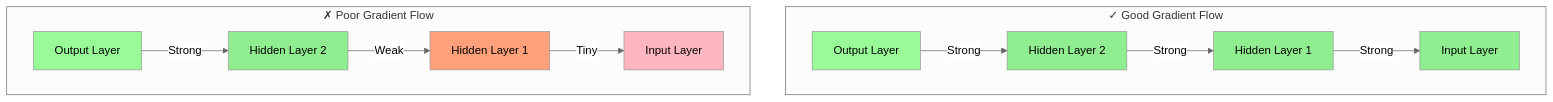
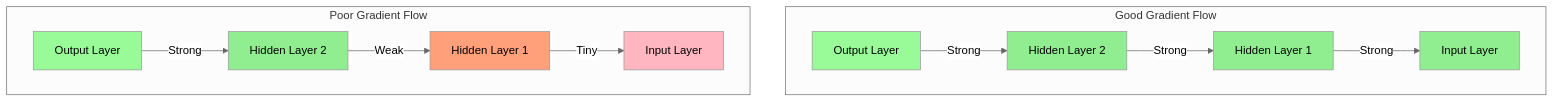
Before and after one commit to Vtheonly/Obsidian_Notes: the fifth of 22 diagrams in AI/Non Academic/Machine Learning/04. Artificial Neural Networks (ANN) & Deep Learning.md, drawn with Mermaid (neutral theme). The commit also changed other lines of this file and 148 other files, not shown here.

````diff
--- a/AI/Non Academic/Machine Learning/04. Artificial Neural Networks (ANN) & Deep Learning.md
+++ b/AI/Non Academic/Machine Learning/04. Artificial Neural Networks (ANN) & Deep Learning.md
@@ -333,34 +333,34 @@
 ```mermaid
 flowchart TB
-    subgraph Good["✓ Good Gradient Flow"]
+    subgraph Good[" Good Gradient Flow"]
         G_Input[Input Layer]
         G_H1[Hidden Layer 1]
         G_H2[Hidden Layer 2]
         G_Out[Output Layer]
         
         G_Out -->|Strong| G_H2
         G_H2 -->|Strong| G_H1
         G_H1 -->|Strong| G_Input
     end
     
-    subgraph Poor["✗ Poor Gradient Flow"]
+    subgraph Poor[" Poor Gradient Flow"]
         P_Input[Input Layer]
         P_H1[Hidden Layer 1]
         P_H2[Hidden Layer 2]
         P_Out[Output Layer]
         
         P_Out -->|Strong| P_H2
         P_H2 -->|Weak| P_H1
         P_H1 -->|Tiny| P_Input
     end
     
     style G_Input fill:#90EE90
     style G_H1 fill:#90EE90
     style G_H2 fill:#90EE90
     style G_Out fill:#98FB98
     
     style P_Input fill:#FFB6C1
     style P_H1 fill:#FFA07A
     style P_H2 fill:#90EE90
     style P_Out fill:#98FB98
 ```
````
